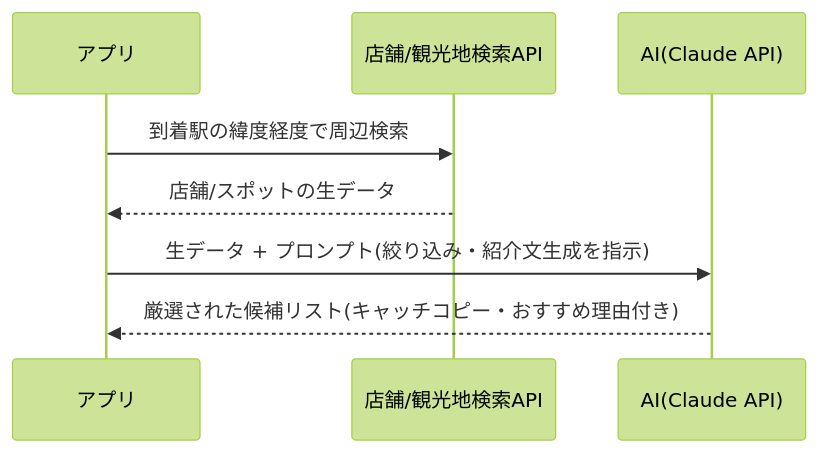
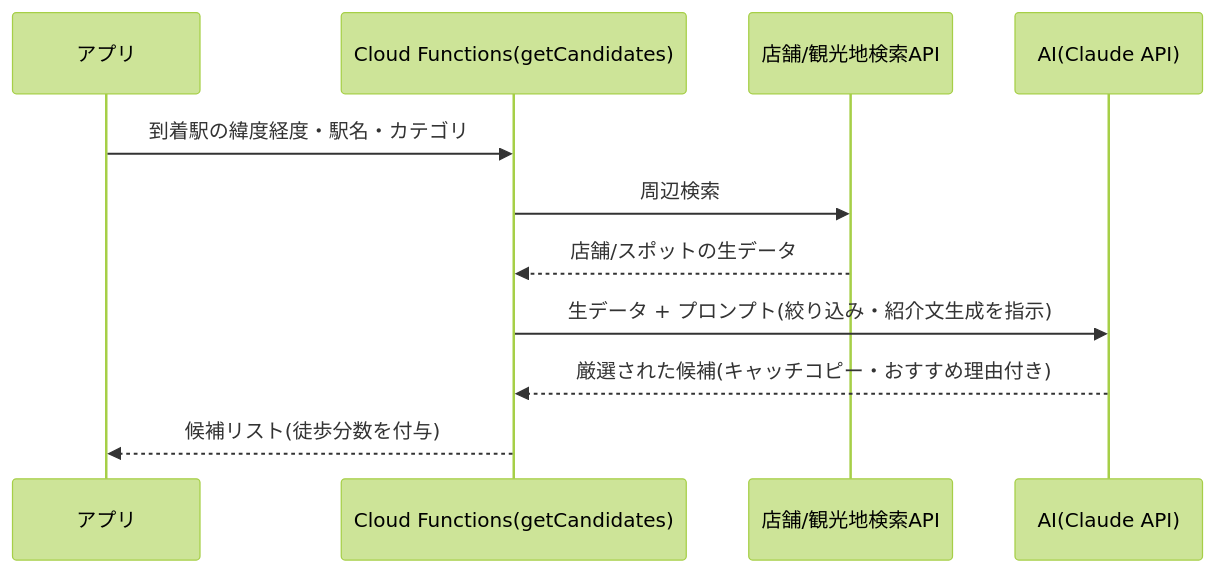
Before and after one commit to nakayu206/burari-date: the second of 3 diagrams in docs/全体設計書.md, drawn with Mermaid (forest theme). The commit also changed other lines of this file, not shown here.

````diff
--- a/docs/全体設計書.md
+++ b/docs/全体設計書.md
@@ -92,11 +92,14 @@
 ```mermaid
 sequenceDiagram
     participant App as アプリ
+    participant Fn as Cloud Functions(getCandidates)
     participant PlaceAPI as 店舗/観光地検索API
     participant AI as AI(Claude API)
 
-    App->>PlaceAPI: 到着駅の緯度経度で周辺検索
-    PlaceAPI-->>App: 店舗/スポットの生データ
-    App->>AI: 生データ + プロンプト(絞り込み・紹介文生成を指示)
-    AI-->>App: 厳選された候補リスト(キャッチコピー・おすすめ理由付き)
+    App->>Fn: 到着駅の緯度経度・駅名・カテゴリ
+    Fn->>PlaceAPI: 周辺検索
+    PlaceAPI-->>Fn: 店舗/スポットの生データ
+    Fn->>AI: 生データ + プロンプト(絞り込み・紹介文生成を指示)
+    AI-->>Fn: 厳選された候補(キャッチコピー・おすすめ理由付き)
+    Fn-->>App: 候補リスト(徒歩分数を付与)
 ```
````
